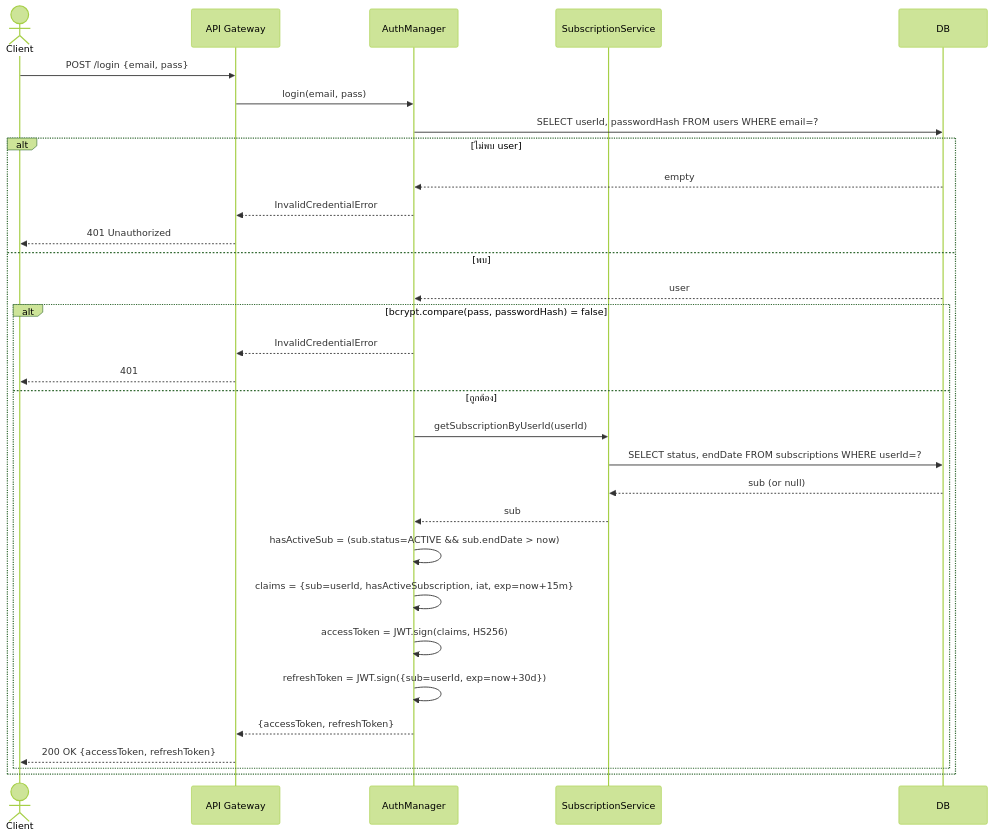
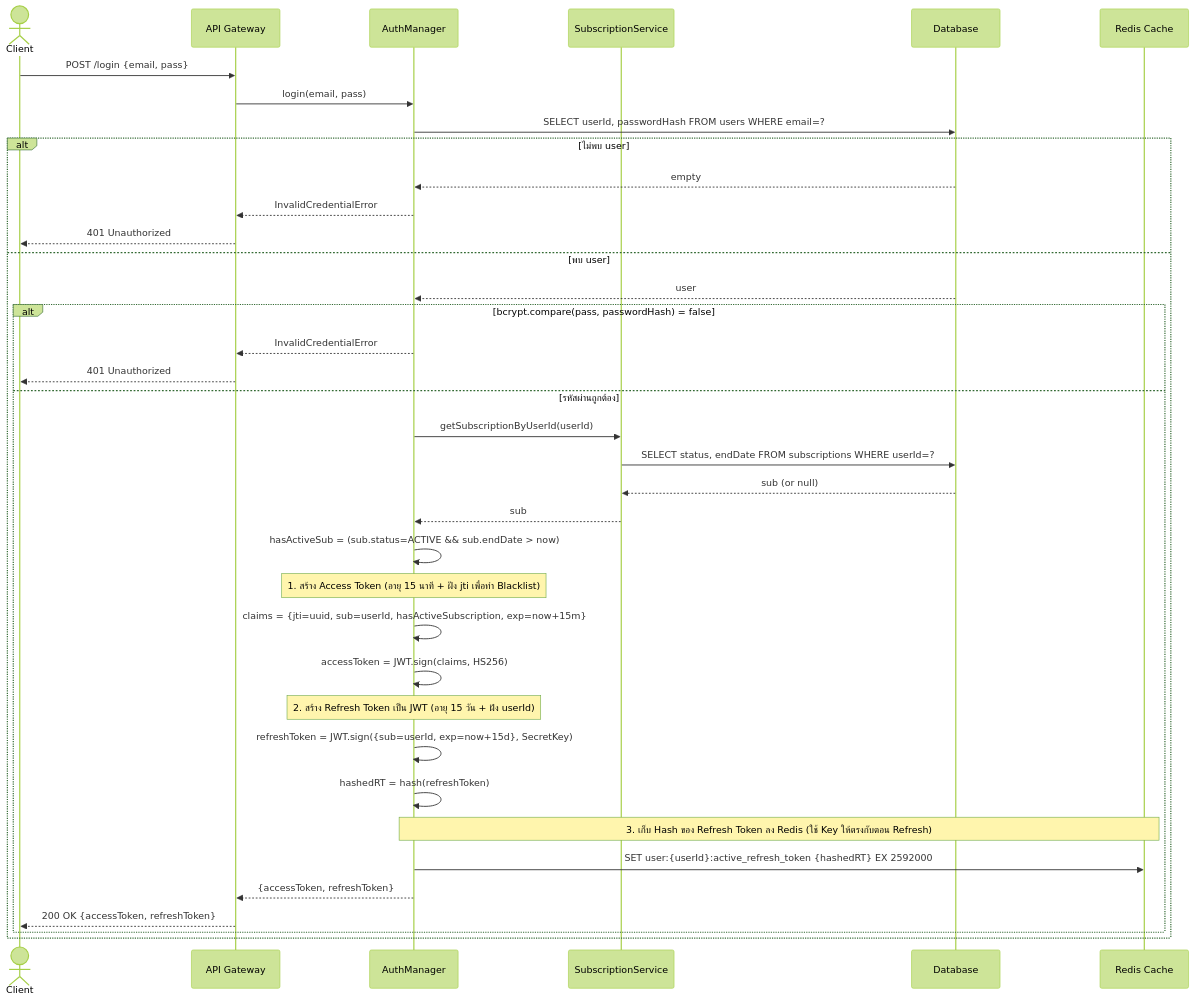
Before and after one commit to Bank-e/Music-Video-Streaming-Subscription-System: the first of 4 diagrams in doc/sequence_02_auth.md, drawn with Mermaid (forest theme). The commit also changed other lines of this file, not shown here.

Commit message:
modified:   doc/sequence_02_auth.md

````diff
--- a/doc/sequence_02_auth.md
+++ b/doc/sequence_02_auth.md
@@ -5,34 +5,45 @@
 ```mermaid
 sequenceDiagram
   actor Client
   participant API as API Gateway
   participant AM as AuthManager
   participant SS as SubscriptionService
-  participant DB
+  participant DB as Database
+  participant Cache as Redis Cache
 
   Client->>API: POST /login {email, pass}
   API->>AM: login(email, pass)
   AM->>DB: SELECT userId, passwordHash FROM users WHERE email=?
+
   alt ไม่พบ user
     DB-->>AM: empty
     AM-->>API: InvalidCredentialError
     API-->>Client: 401 Unauthorized
-  else พบ
+  else พบ user
     DB-->>AM: user
     alt bcrypt.compare(pass, passwordHash) = false
       AM-->>API: InvalidCredentialError
-      API-->>Client: 401
-    else ถูกต้อง
+      API-->>Client: 401 Unauthorized
+    else รหัสผ่านถูกต้อง
       AM->>SS: getSubscriptionByUserId(userId)
       SS->>DB: SELECT status, endDate FROM subscriptions WHERE userId=?
       DB-->>SS: sub (or null)
       SS-->>AM: sub
       AM->>AM: hasActiveSub = (sub.status=ACTIVE && sub.endDate > now)
-      AM->>AM: claims = {sub=userId, hasActiveSubscription, iat, exp=now+15m}
+
+      Note over AM: 1. สร้าง Access Token (อายุ 15 นาที + ฝัง jti เพื่อทำ Blacklist)
+      AM->>AM: claims = {jti=uuid, sub=userId, hasActiveSubscription, exp=now+15m}
       AM->>AM: accessToken = JWT.sign(claims, HS256)
-      AM->>AM: refreshToken = JWT.sign({sub=userId, exp=now+30d})
+
+      Note over AM: 2. สร้าง Refresh Token เป็น JWT (อายุ 15 วัน + ฝัง userId)
+      AM->>AM: refreshToken = JWT.sign({sub=userId, exp=now+15d}, SecretKey)
+      AM->>AM: hashedRT = hash(refreshToken)
+
+      Note over AM,Cache: 3. เก็บ Hash ของ Refresh Token ลง Redis (ใช้ Key ให้ตรงกับตอน Refresh)
+      AM->>Cache: SET user:{userId}:active_refresh_token {hashedRT} EX 2592000
+
       AM-->>API: {accessToken, refreshToken}
       API-->>Client: 200 OK {accessToken, refreshToken}
     end
   end
 ```
````
